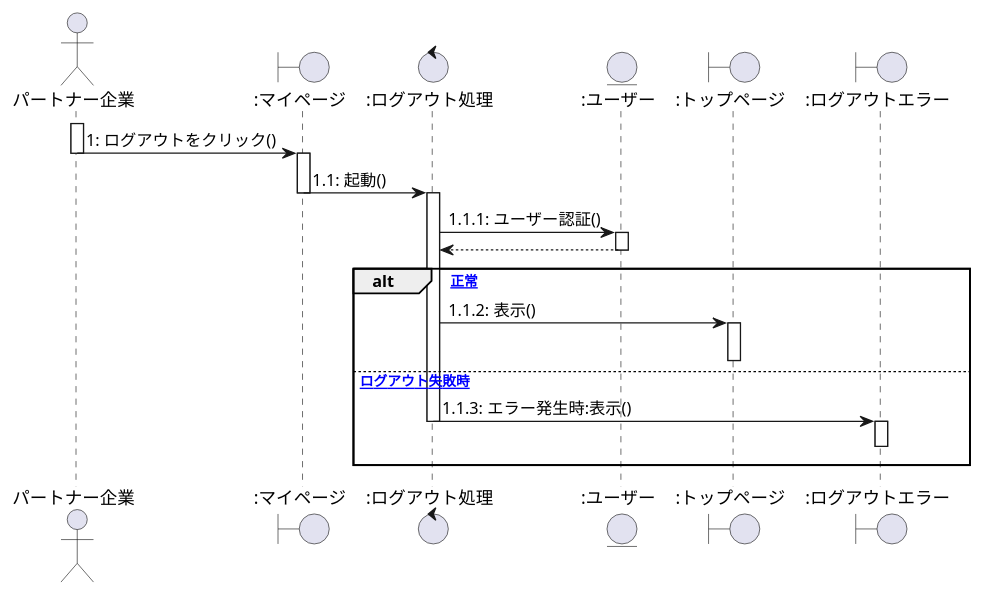
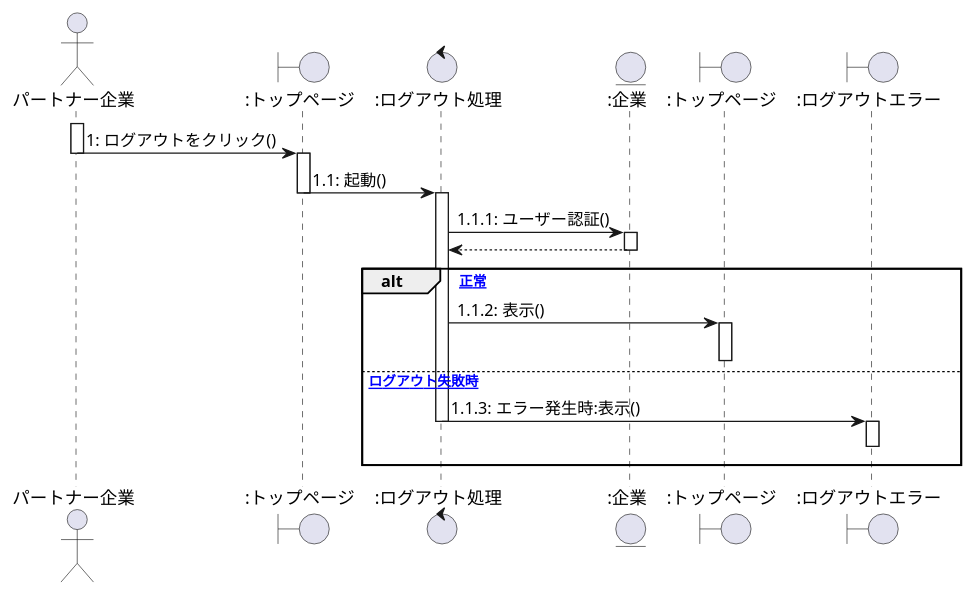
The third of 10 diagrams in client_sequence.plantuml (ksw2270227/GroupF), drawn with PlantUML before and after one commit. The commit also changed other lines of this file and 1 other file, not shown here.

```diff
--- a/client_sequence.plantuml
+++ b/client_sequence.plantuml
@@ -109,36 +96,36 @@
 @startuml ログアウト
 
 
 actor パートナー企業 as 0
-Boundary ":マイページ" as a
+Boundary ":トップページ" as a
 Control ":ログアウト処理" as b
-Entity ":ユーザー" as c
+Entity ":企業" as c
 Boundary ":トップページ" as d
 Boundary ":ログアウトエラー" as e
 
 activate 0
     0 -> a :1: ログアウトをクリック()
 deactivate 0
 activate a
     a -> b :1.1: 起動()
 deactivate a
 activate b
     b -> c :1.1.1: ユーザー認証()
 activate c
     b <-- c
 deactivate c
 
 alt [正常]
     b -> d :1.1.2: 表示()
 activate d
 deactivate d
 else [ログアウト失敗時]
     b -> e :1.1.3: エラー発生時:表示()
 deactivate b
 activate e
 e -[hidden]-> e
 deactivate e
 end
 
 
 @enduml
```
